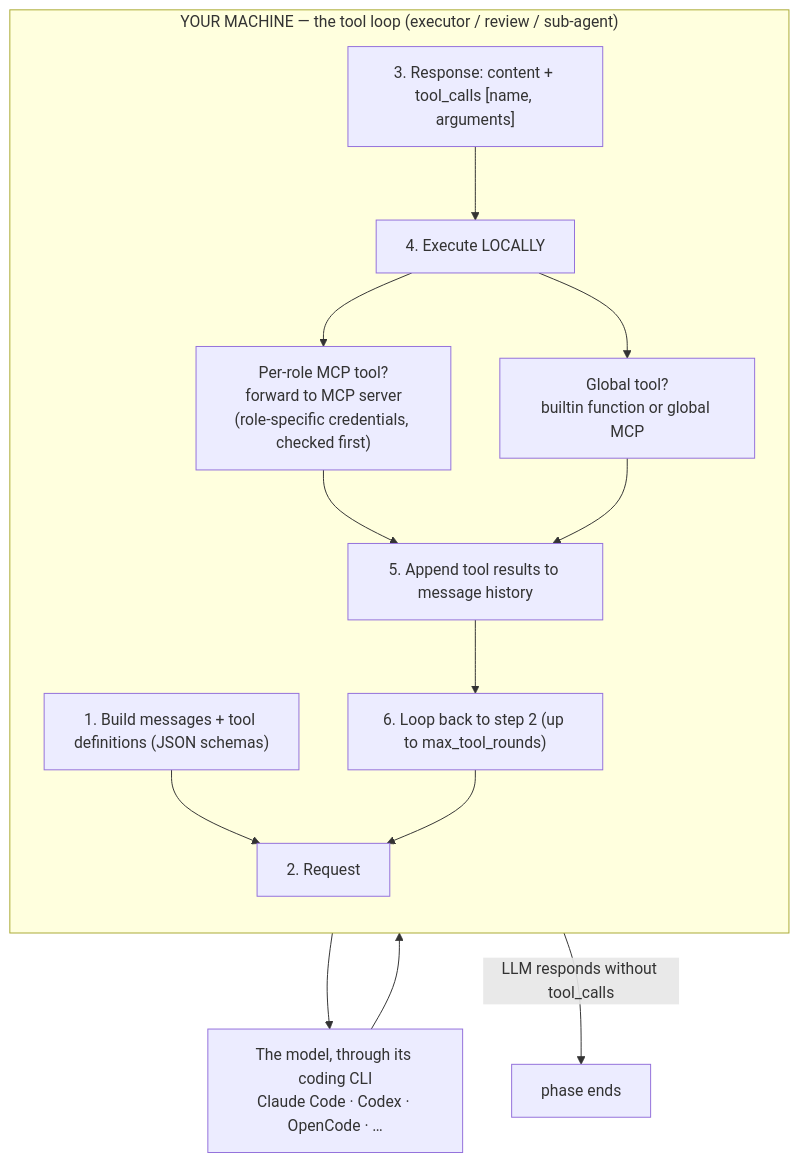
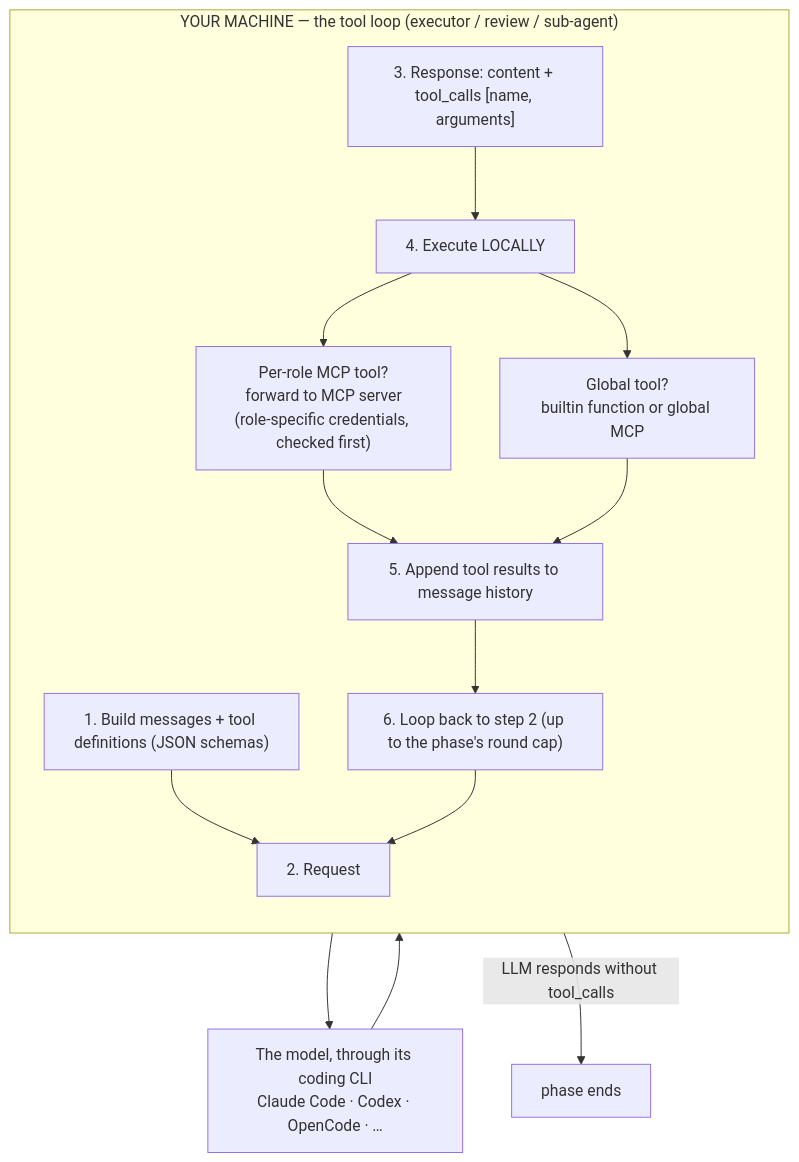
One commit to crewlet/crewlet changed the second of 5 diagrams in docs/concepts/agent-runtime.md. Above: the diagram before and after it, drawn with Mermaid. The commit also changed 687 other files, not shown here.

````diff
--- a/docs/concepts/agent-runtime.md
+++ b/docs/concepts/agent-runtime.md
@@ -129,26 +129,26 @@
 ```mermaid
 flowchart TD
     subgraph machine["YOUR MACHINE — the tool loop (executor / review / sub-agent)"]
         direction TB
         S1["1. Build messages + tool definitions (JSON schemas)"]
         S2["2. Request"]
         S3["3. Response: content + tool_calls [name, arguments]"]
         S4["4. Execute LOCALLY"]
         S5["5. Append tool results to message history"]
-        S6["6. Loop back to step 2 (up to max_tool_rounds)"]
+        S6["6. Loop back to step 2 (up to the phase's round cap)"]
         MCP["Per-role MCP tool?<br/>forward to MCP server<br/>(role-specific credentials, checked first)"]
         GLOBAL["Global tool?<br/>builtin function or global MCP"]
         S1 --> S2
         S3 --> S4
         S4 --> MCP
         S4 --> GLOBAL
         MCP --> S5
         GLOBAL --> S5
         S5 --> S6
         S6 --> S2
     end
     LLM["The model, through its coding CLI<br/>Claude Code · Codex · OpenCode · …"]
     S2 --> LLM
     LLM --> S3
     S6 -->|"LLM responds without tool_calls"| DONE["phase ends"]
 ```
````
